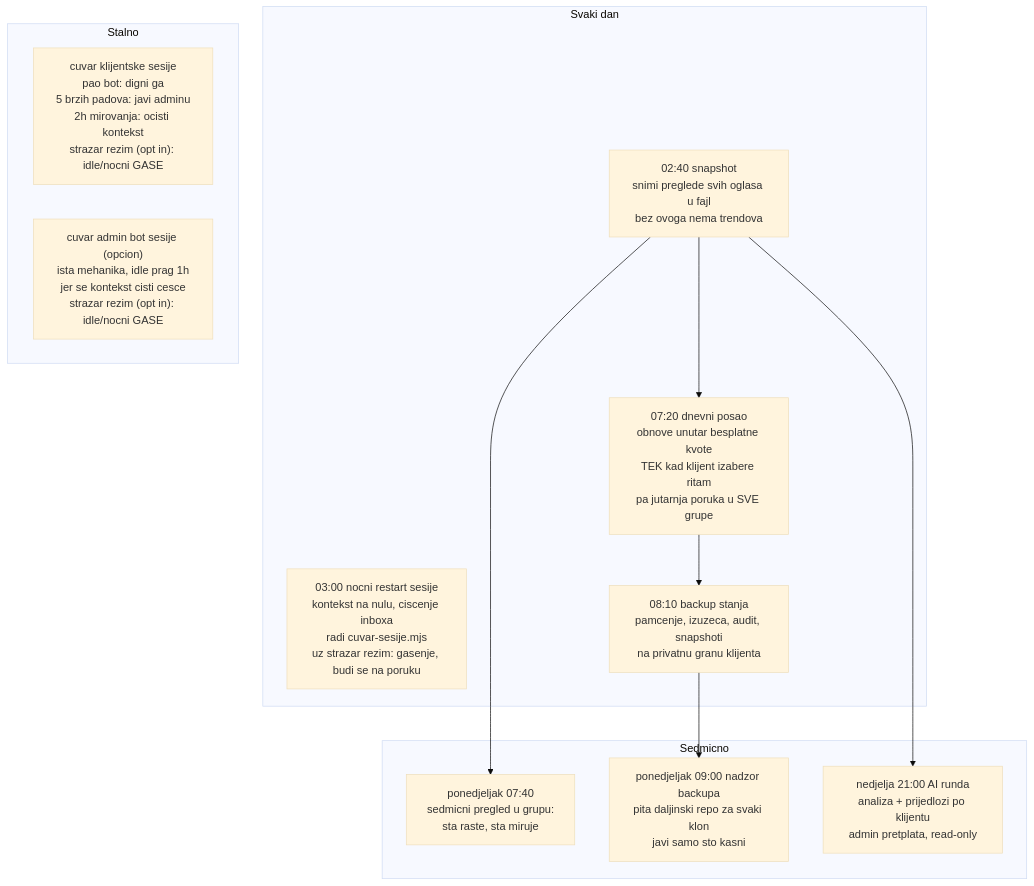
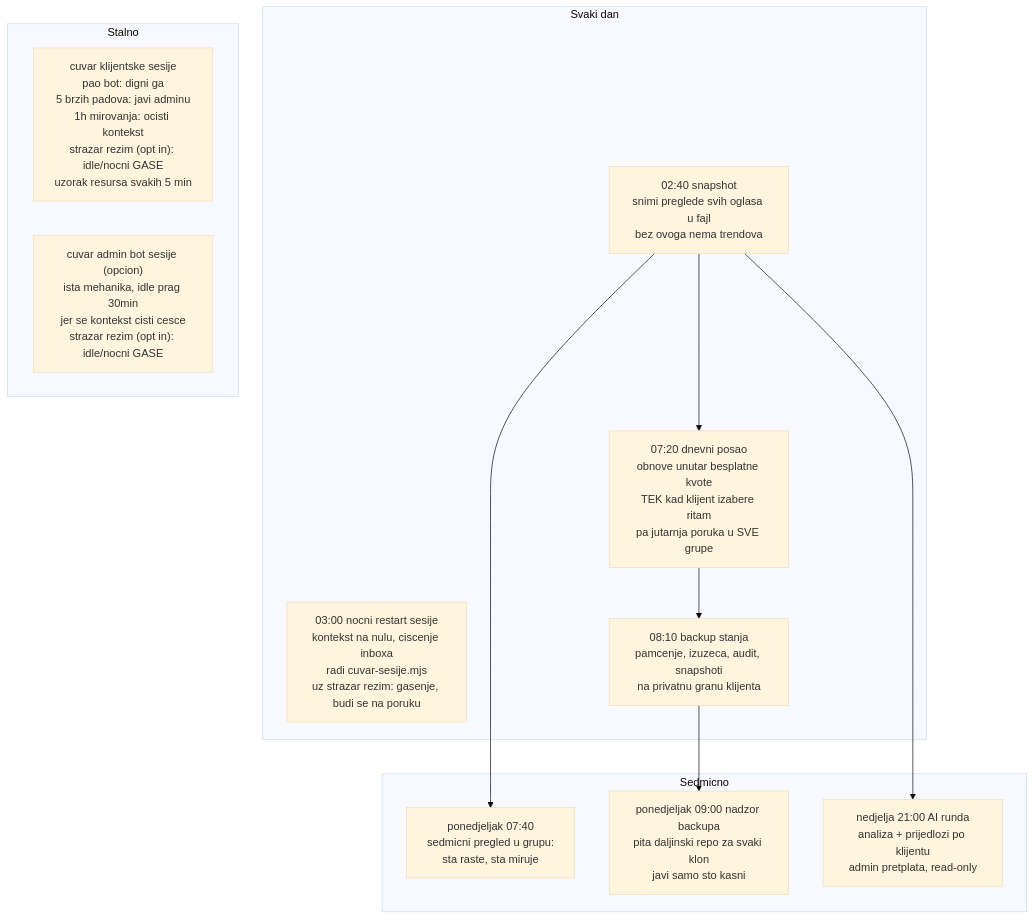
The third of 8 diagrams in olx-dokumentacija/arhitektura.md (mob-dev-org/olx-mcp-api), drawn with Mermaid (base theme) before and after one commit. The commit also changed other lines of this file, not shown here.

First line of the commit message:
Arhitektura: sekcija 9 o otisku resursa, ispravljeni pragovi mirovanja

````diff
--- a/olx-dokumentacija/arhitektura.md
+++ b/olx-dokumentacija/arhitektura.md
@@ -101,24 +101,24 @@
 ```mermaid
 flowchart TB
     subgraph dan["Svaki dan"]
         s1["02:40 snapshot<br/>snimi preglede svih oglasa u fajl<br/>bez ovoga nema trendova"]
         s2["03:00 nocni restart sesije<br/>kontekst na nulu, ciscenje inboxa<br/>radi cuvar-sesije.mjs<br/>uz strazar rezim: gasenje, budi se na poruku"]
         s3["07:20 dnevni posao<br/>obnove unutar besplatne kvote<br/>TEK kad klijent izabere ritam<br/>pa jutarnja poruka u SVE grupe"]
         s8["08:10 backup stanja<br/>pamcenje, izuzeca, audit, snapshoti<br/>na privatnu granu klijenta"]
     end
     subgraph sedmica["Sedmicno"]
         s4["ponedjeljak 07:40<br/>sedmicni pregled u grupu:<br/>sta raste, sta miruje"]
         s9["ponedjeljak 09:00 nadzor backupa<br/>pita daljinski repo za svaki klon<br/>javi samo sto kasni"]
         s5["nedjelja 21:00 AI runda<br/>analiza + prijedlozi po klijentu<br/>admin pretplata, read-only"]
     end
     subgraph stalno["Stalno"]
-        s6["cuvar klijentske sesije<br/>pao bot: digni ga<br/>5 brzih padova: javi adminu<br/>2h mirovanja: ocisti kontekst<br/>strazar rezim (opt in): idle/nocni GASE"]
-        s7["cuvar admin bot sesije (opcion)<br/>ista mehanika, idle prag 1h<br/>jer se kontekst cisti cesce<br/>strazar rezim (opt in): idle/nocni GASE"]
+        s6["cuvar klijentske sesije<br/>pao bot: digni ga<br/>5 brzih padova: javi adminu<br/>1h mirovanja: ocisti kontekst<br/>strazar rezim (opt in): idle/nocni GASE<br/>uzorak resursa svakih 5 min"]
+        s7["cuvar admin bot sesije (opcion)<br/>ista mehanika, idle prag 30min<br/>jer se kontekst cisti cesce<br/>strazar rezim (opt in): idle/nocni GASE"]
     end
 
     s1 --> s3
     s3 --> s8
     s1 --> s4
     s1 --> s5
     s8 --> s9
 ```
````
